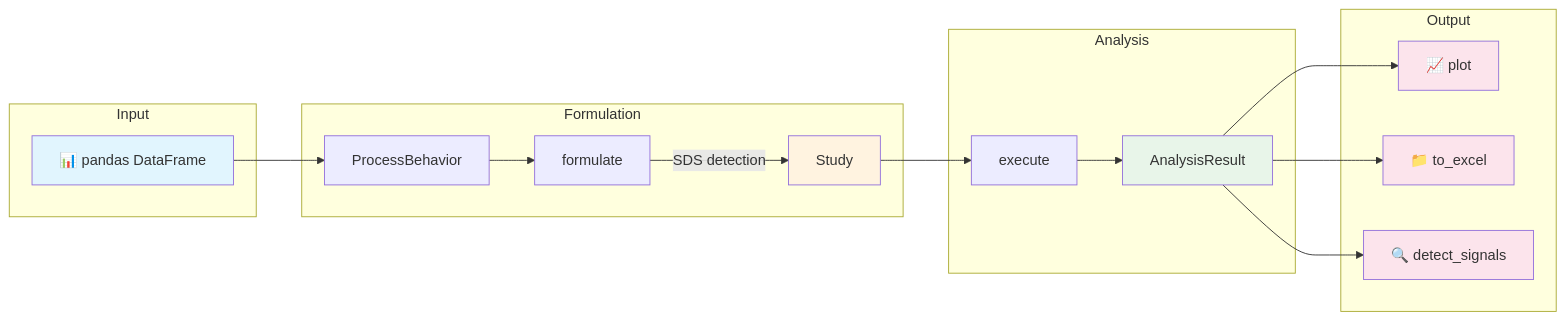
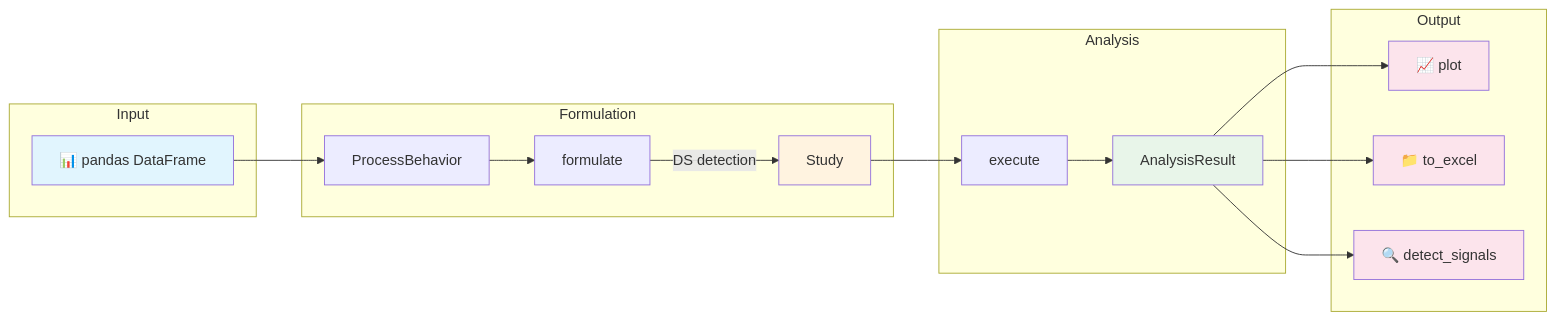
Before and after one commit to cnicholas/processbehavior: the diagram in docs/intro.md, drawn with Mermaid. The commit also changed other lines of this file and 13 other files, not shown here.

````diff
--- a/docs/intro.md
+++ b/docs/intro.md
@@ -11,39 +11,39 @@
 ```{mermaid}
 flowchart LR
     subgraph Input
         A[📊 pandas DataFrame]
     end
 
     subgraph Formulation
         B[ProcessBehavior]
         C[formulate]
         D[Study]
     end
 
     subgraph Analysis
         E[execute]
         F[AnalysisResult]
     end
 
     subgraph Output
         G[📈 plot]
         H[📁 to_excel]
         I[🔍 detect_signals]
     end
 
     A --> B
     B --> C
-    C -->|"SDS detection"| D
+    C -->|"DS detection"| D
     D --> E
     E --> F
     F --> G
     F --> H
     F --> I
 
     style A fill:#e1f5fe
     style D fill:#fff3e0
     style F fill:#e8f5e9
     style G fill:#fce4ec
     style H fill:#fce4ec
     style I fill:#fce4ec
 ```
````
